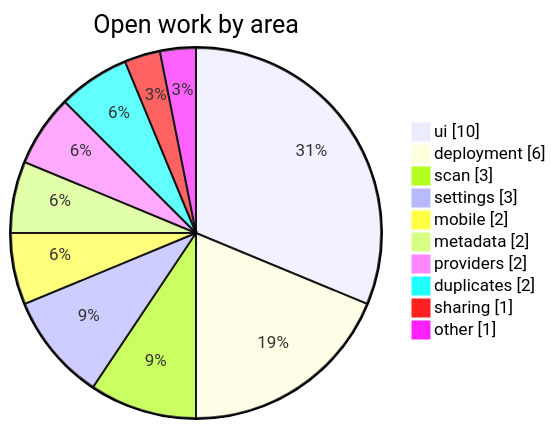
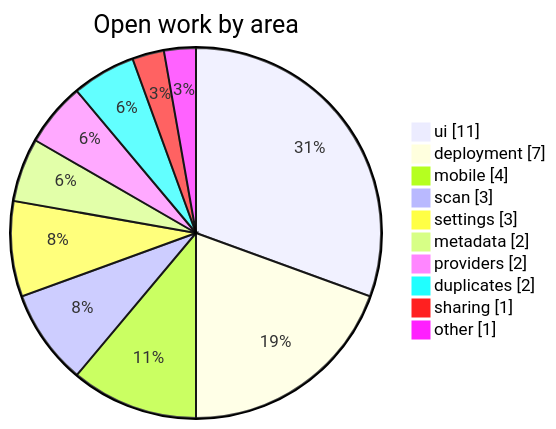
Before and after one commit to silkyclouds/pmda-tracker: the third of 3 diagrams in README.md, drawn with Mermaid. The commit also changed other lines of this file, not shown here.

````diff
--- a/README.md
+++ b/README.md
@@ -31,13 +31,13 @@
 ```mermaid
 pie showData title Open work by area
-    "ui" : 10
-    "deployment" : 6
+    "ui" : 11
+    "deployment" : 7
+    "mobile" : 4
     "scan" : 3
     "settings" : 3
-    "mobile" : 2
     "metadata" : 2
     "providers" : 2
     "duplicates" : 2
     "sharing" : 1
     "other" : 1
 ```
````
